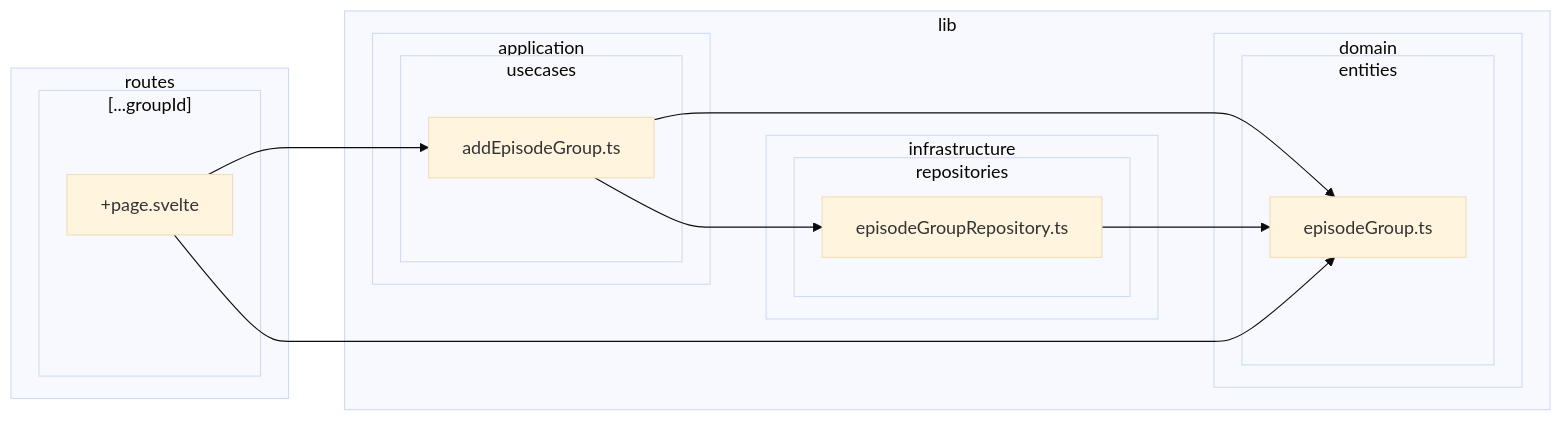
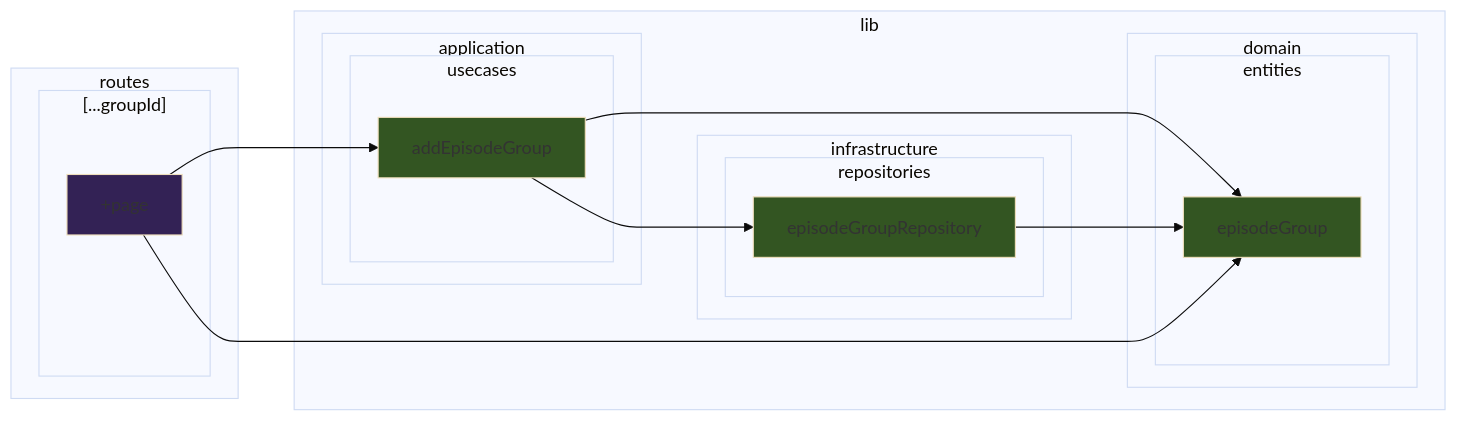
Before and after one commit to k5n/kotonoha: the sixth of 39 diagrams in doc/dependency-graph.md, drawn with Mermaid (base theme). The commit also changed other lines of this file, not shown here.

````diff
--- a/doc/dependency-graph.md
+++ b/doc/dependency-graph.md
@@ -229,30 +313,37 @@
 ```mermaid
 graph LR
+    classDef cssSvelteComponent fill:#325;
+    classDef cssSvelteScript fill:#535;
+    classDef cssTypeScript fill:#352;
         subgraph sg_lib ["lib"]
             subgraph sg_lib_application ["application"]
                 subgraph sg_lib_application_usecases ["usecases"]
-                    src_lib_application_usecases_addEpisodeGroup_ts["addEpisodeGroup.ts"]
+                    src_lib_application_usecases_addEpisodeGroup_ts["addEpisodeGroup"]
                 end
             end
             subgraph sg_lib_domain ["domain"]
                 subgraph sg_lib_domain_entities ["entities"]
-                    src_lib_domain_entities_episodeGroup_ts["episodeGroup.ts"]
+                    src_lib_domain_entities_episodeGroup_ts["episodeGroup"]
                 end
             end
             subgraph sg_lib_infrastructure ["infrastructure"]
                 subgraph sg_lib_infrastructure_repositories ["repositories"]
-                    src_lib_infrastructure_repositories_episodeGroupRepository_ts["episodeGroupRepository.ts"]
+                    src_lib_infrastructure_repositories_episodeGroupRepository_ts["episodeGroupRepository"]
                 end
             end
         end
         subgraph sg_routes ["routes"]
             subgraph sg_routes_____groupId_ ["[...groupId]"]
-                src_routes_____groupId___page_svelte["+page.svelte"]
+                src_routes_____groupId___page_svelte["+page"]
             end
         end
     src_lib_application_usecases_addEpisodeGroup_ts --> src_lib_domain_entities_episodeGroup_ts
     src_lib_application_usecases_addEpisodeGroup_ts --> src_lib_infrastructure_repositories_episodeGroupRepository_ts
     src_lib_infrastructure_repositories_episodeGroupRepository_ts --> src_lib_domain_entities_episodeGroup_ts
     src_routes_____groupId___page_svelte --> src_lib_application_usecases_addEpisodeGroup_ts
     src_routes_____groupId___page_svelte --> src_lib_domain_entities_episodeGroup_ts
+    class src_lib_application_usecases_addEpisodeGroup_ts cssTypeScript
+    class src_lib_domain_entities_episodeGroup_ts cssTypeScript
+    class src_lib_infrastructure_repositories_episodeGroupRepository_ts cssTypeScript
+    class src_routes_____groupId___page_svelte cssSvelteComponent
 ```
````
